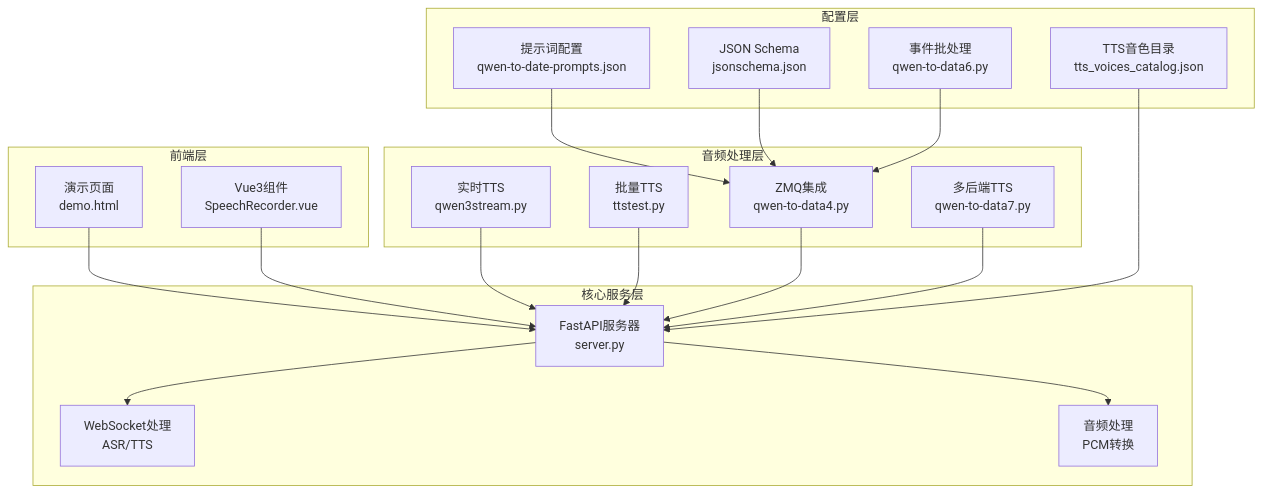
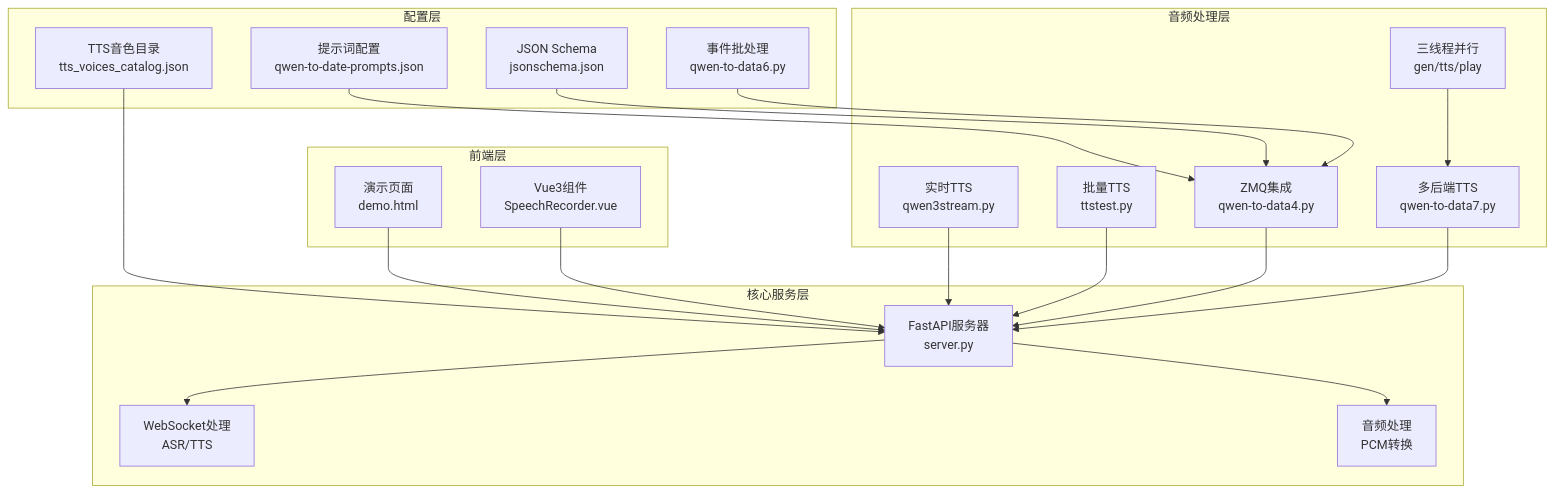
The first of 13 diagrams in .qoder/repowiki/zh/content/语音合成服务/实时TTS合成.md (1024dashen/Vue3Speech), drawn with Mermaid before and after one commit. The commit also changed other lines of this file and 8 other files, not shown here.

First line of the commit message:
refactor(core): 移除 qwen-to-data7.py 中所有代码

````diff
--- a/.qoder/repowiki/zh/content/语音合成服务/实时TTS合成.md
+++ b/.qoder/repowiki/zh/content/语音合成服务/实时TTS合成.md
@@ -62,36 +63,38 @@
 ```mermaid
 graph TB
 subgraph "核心服务层"
 A[FastAPI服务器<br/>server.py]
 B[WebSocket处理<br/>ASR/TTS]
 C[音频处理<br/>PCM转换]
 end
 subgraph "前端层"
 D[演示页面<br/>demo.html]
 E[Vue3组件<br/>SpeechRecorder.vue]
 end
 subgraph "音频处理层"
 F[实时TTS<br/>qwen3stream.py]
 G[批量TTS<br/>ttstest.py]
 H[ZMQ集成<br/>qwen-to-data4.py]
 I[多后端TTS<br/>qwen-to-data7.py]
+J[三线程并行<br/>gen/tts/play]
 end
 subgraph "配置层"
-J[TTS音色目录<br/>tts_voices_catalog.json]
-K[提示词配置<br/>qwen-to-date-prompts.json]
-L[JSON Schema<br/>jsonschema.json]
-M[事件批处理<br/>qwen-to-data6.py]
+K[TTS音色目录<br/>tts_voices_catalog.json]
+L[提示词配置<br/>qwen-to-date-prompts.json]
+M[JSON Schema<br/>jsonschema.json]
+N[事件批处理<br/>qwen-to-data6.py]
 end
 A --> B
 A --> C
 D --> A
 E --> A
 F --> A
 G --> A
 H --> A
 I --> A
-J --> A
-K --> H
+J --> I
+K --> A
 L --> H
 M --> H
+N --> H
 ```
````
